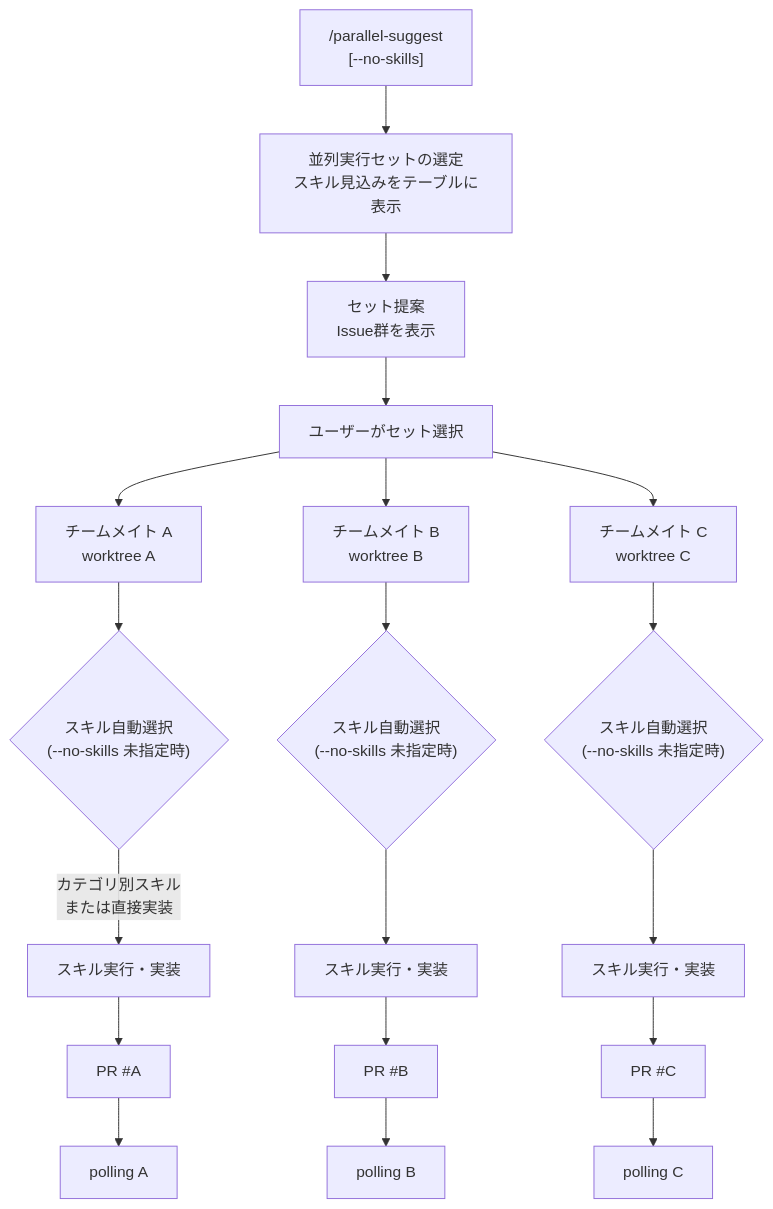
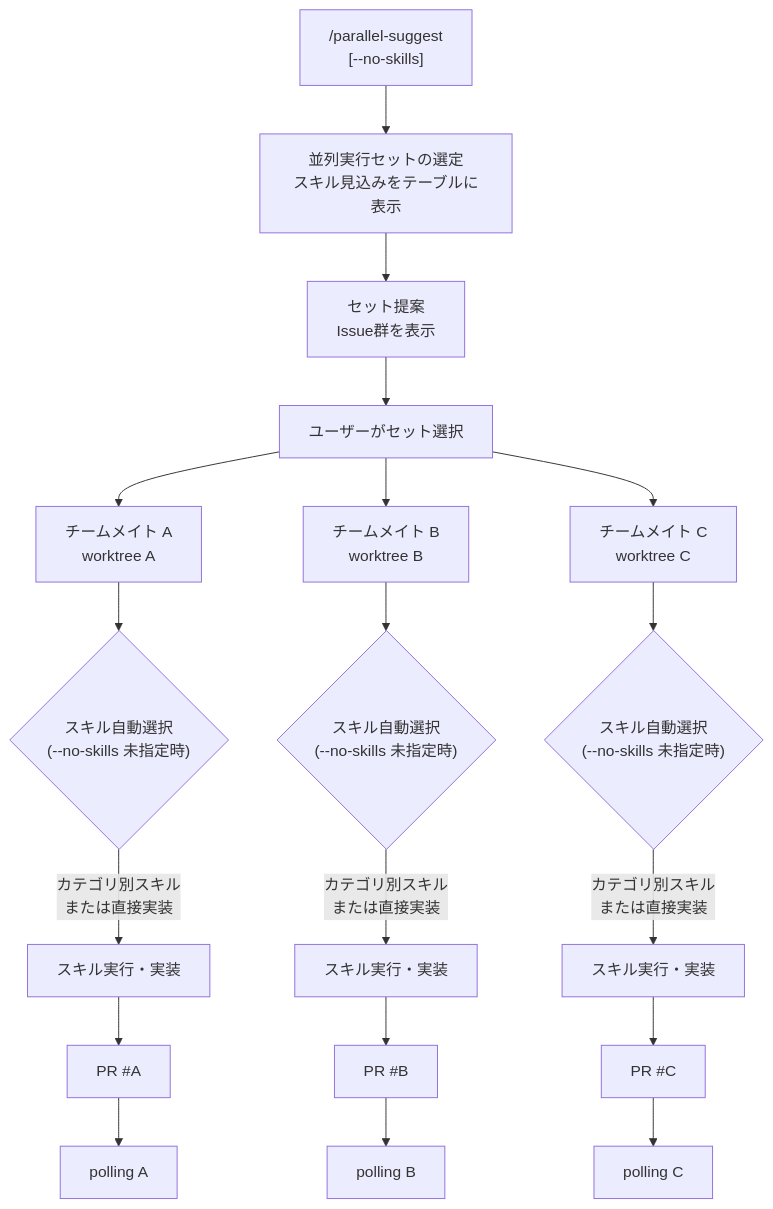
One commit to KdavisO/claude-project-template changed the fourth of 9 diagrams in docs/command-orchestration.md. Above: the diagram before and after it, drawn with Mermaid. The commit also changed 1 other file, not shown here.

Commit message:
fix: Copilot再レビュー対応（Mermaidラベル一貫化と見込み表示の限界を明示）
- docs/command-orchestration.md: セクション4a のMermaidフロー図で Skill2→Impl2 / Skill3→Impl3 にも「カテゴリ別スキル または直接実装」ラベルを付与し、Skill1 の表現と揃えて3並列フローの可読性を統一（Copilot指摘 L162）
- .claude/commands/parallel-suggest.md: 「適用スキル（見込み）」節の末尾文言を、`/issue-start --auto` との完全一致を保証しない参考表示である旨に更新。境界が近接するIssue（スコープ判定のファイル数閾値と issue-start.md のカテゴリ目安でズレが発生しうるケース）で見込みと実判定が入れ替わる可能性があることを具体例として明記（Copilot指摘 L122）

````diff
--- a/docs/command-orchestration.md
+++ b/docs/command-orchestration.md
@@ -146,26 +146,26 @@
 ```mermaid
 flowchart TD
     PS["/parallel-suggest\n[--no-skills]"] --> Select["並列実行セットの選定\nスキル見込みをテーブルに表示"]
     Select --> SetA["セット提案\nIssue群を表示"]
     SetA --> UserSelect["ユーザーがセット選択"]
 
     UserSelect --> T1["チームメイト A\nworktree A"]
     UserSelect --> T2["チームメイト B\nworktree B"]
     UserSelect --> T3["チームメイト C\nworktree C"]
 
     T1 --> Skill1{"スキル自動選択\n(--no-skills 未指定時)"}
     T2 --> Skill2{"スキル自動選択\n(--no-skills 未指定時)"}
     T3 --> Skill3{"スキル自動選択\n(--no-skills 未指定時)"}
 
     Skill1 -->|"カテゴリ別スキル\nまたは直接実装"| Impl1["スキル実行・実装"]
-    Skill2 --> Impl2["スキル実行・実装"]
-    Skill3 --> Impl3["スキル実行・実装"]
+    Skill2 -->|"カテゴリ別スキル\nまたは直接実装"| Impl2["スキル実行・実装"]
+    Skill3 -->|"カテゴリ別スキル\nまたは直接実装"| Impl3["スキル実行・実装"]
 
     Impl1 --> PR1["PR #A"]
     Impl2 --> PR2["PR #B"]
     Impl3 --> PR3["PR #C"]
 
     PR1 --> Poll1["polling A"]
     PR2 --> Poll2["polling B"]
     PR3 --> Poll3["polling C"]
 ```
````
